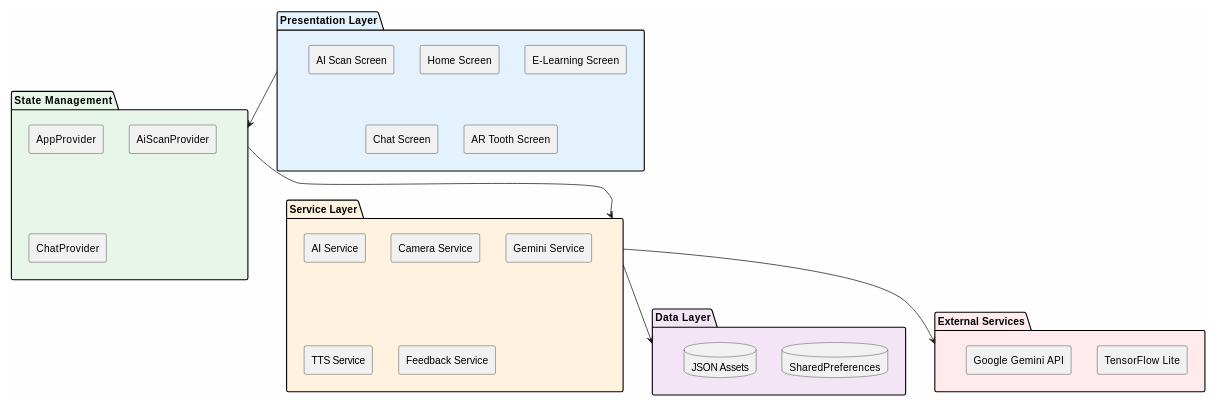
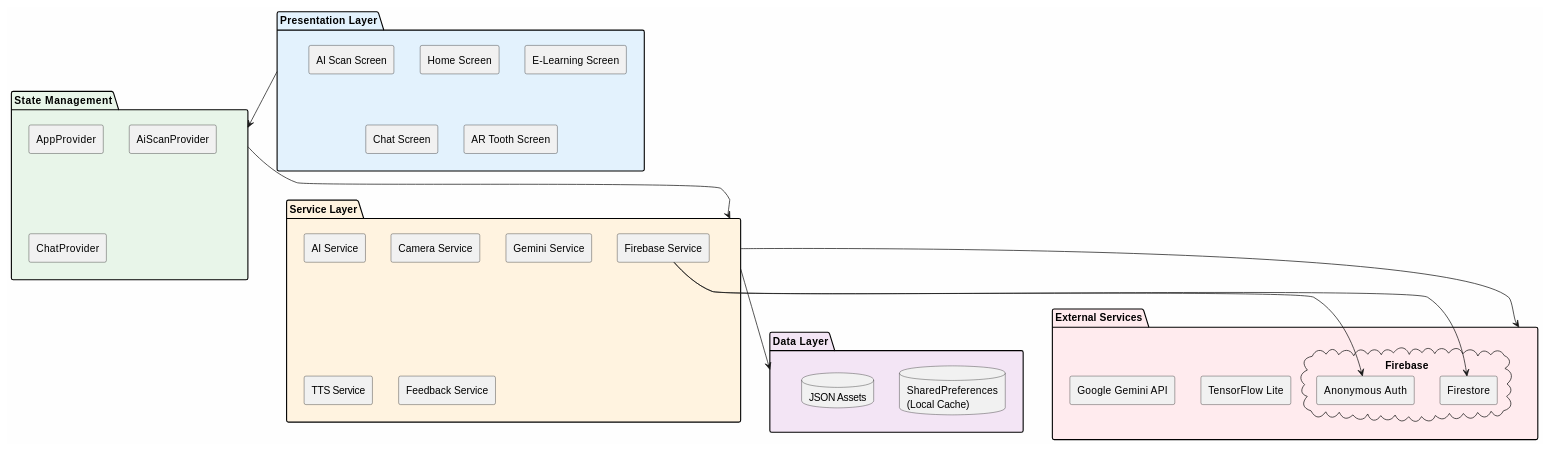
One commit to nabilashahirah/toothymate changed the sixth of 12 diagrams in thesis_chapters/PlantUML_Diagrams.md. Above: the diagram before and after it, drawn with PlantUML. The commit also changed other lines of this file and 9 other files, not shown here.

````diff
--- a/thesis_chapters/PlantUML_Diagrams.md
+++ b/thesis_chapters/PlantUML_Diagrams.md
@@ -240,44 +240,51 @@
 ```plantuml
 @startuml System Architecture
 skinparam backgroundColor #FEFEFE
 skinparam componentStyle rectangle
 
 package "Presentation Layer" #E3F2FD {
   [Home Screen]
   [E-Learning Screen]
   [AI Scan Screen]
   [Chat Screen]
   [AR Tooth Screen]
 }
 
 package "State Management" #E8F5E9 {
   [AppProvider]
   [AiScanProvider]
   [ChatProvider]
 }
 
 package "Service Layer" #FFF3E0 {
   [AI Service]
   [Camera Service]
   [Gemini Service]
   [TTS Service]
   [Feedback Service]
+  [Firebase Service]
 }
 
 package "Data Layer" #F3E5F5 {
-  database "SharedPreferences" as SP
+  database "SharedPreferences\n(Local Cache)" as SP
   database "JSON Assets" as JSON
 }
 
 package "External Services" #FFEBEE {
   [TensorFlow Lite]
   [Google Gemini API]
+  cloud "Firebase" {
+    [Firestore]
+    [Anonymous Auth]
+  }
 }
 
 [Presentation Layer] --> [State Management]
 [State Management] --> [Service Layer]
 [Service Layer] --> [Data Layer]
 [Service Layer] --> [External Services]
+[Firebase Service] --> [Firestore]
+[Firebase Service] --> [Anonymous Auth]
 
 @enduml
 ```
````
